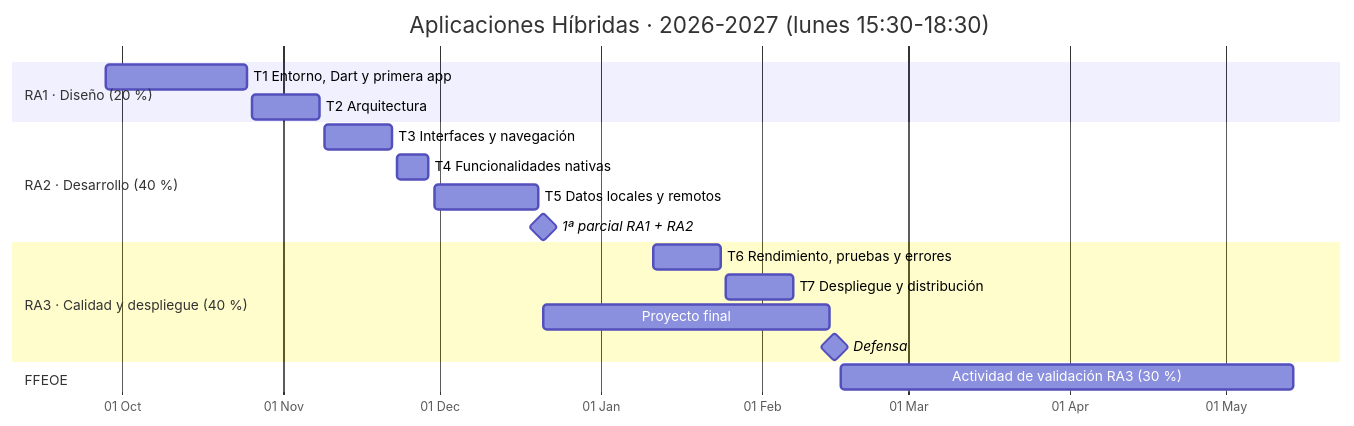
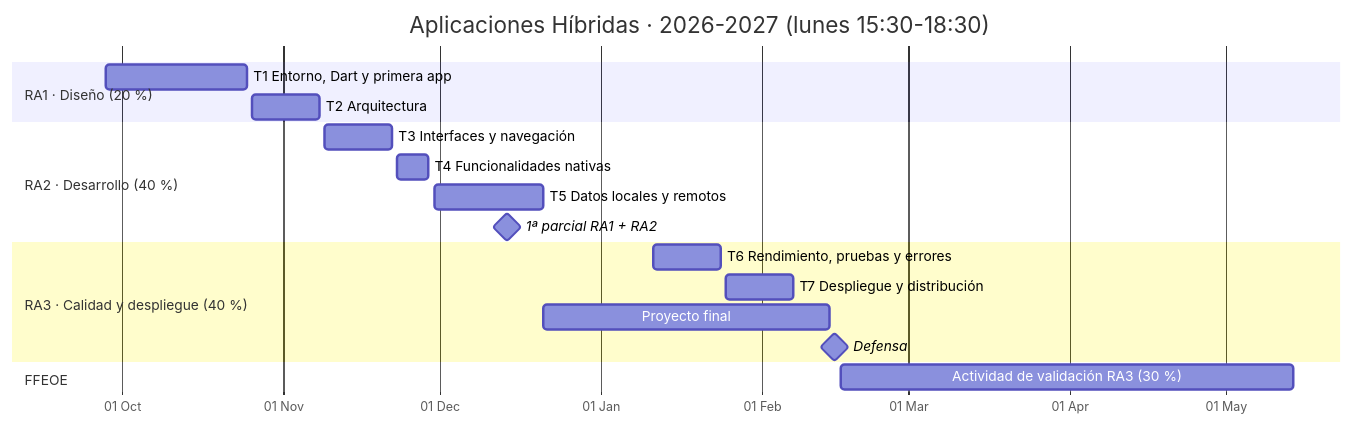
The first of 3 diagrams in docs/modulo/hoja-de-ruta.md (joselejimenez/AplicacionesHibridas), drawn with Mermaid before and after one commit. The commit also changed other lines of this file and 8 other files, not shown here.

````diff
--- a/docs/modulo/hoja-de-ruta.md
+++ b/docs/modulo/hoja-de-ruta.md
@@ -7,21 +7,21 @@
 ```mermaid
 gantt
     title Aplicaciones Híbridas · 2026-2027 (lunes 15:30-18:30)
     dateFormat YYYY-MM-DD
     axisFormat %d %b
     section RA1 · Diseño (20 %)
     T1 Entorno, Dart y primera app     :t1, 2026-09-28, 2026-10-25
     T2 Arquitectura                     :t2, 2026-10-26, 2026-11-08
     section RA2 · Desarrollo (40 %)
     T3 Interfaces y navegación          :t3, 2026-11-09, 2026-11-22
     T4 Funcionalidades nativas          :t4, 2026-11-23, 2026-11-29
-    T5 Datos locales y remotos          :t5, 2026-11-30, 2026-12-20
-    1ª parcial RA1 + RA2                :milestone, 2026-12-21, 0d
+    T5 Datos locales y remotos          :t5, 2026-11-30, 2026-12-21
+    1ª parcial RA1 + RA2                :milestone, 2026-12-14, 0d
     section RA3 · Calidad y despliegue (40 %)
     T6 Rendimiento, pruebas y errores   :t6, 2027-01-11, 2027-01-24
     T7 Despliegue y distribución        :t7, 2027-01-25, 2027-02-07
     Proyecto final                      :pf, 2026-12-21, 2027-02-14
     Defensa                             :milestone, 2027-02-15, 0d
     section FFEOE
     Actividad de validación RA3 (30 %)  :ff, 2027-02-16, 2027-05-14
 ```
````
